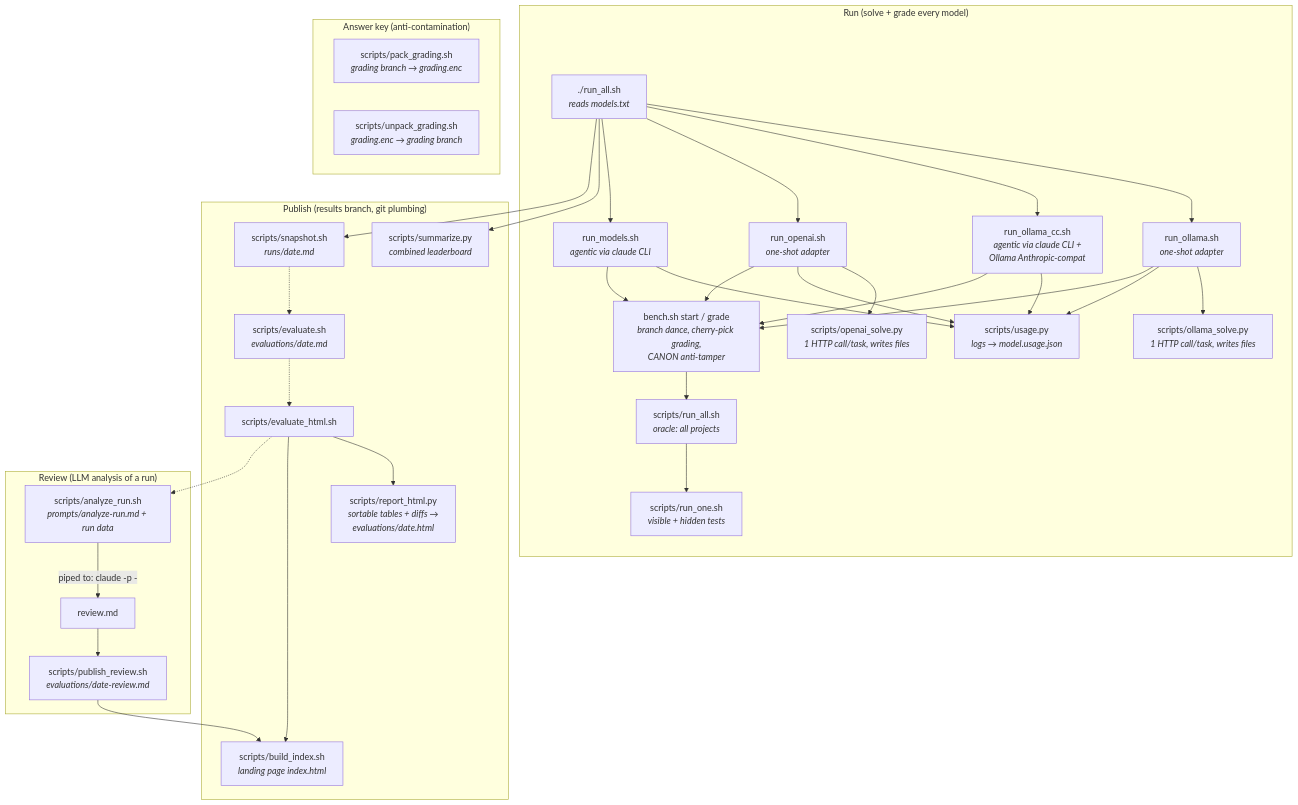
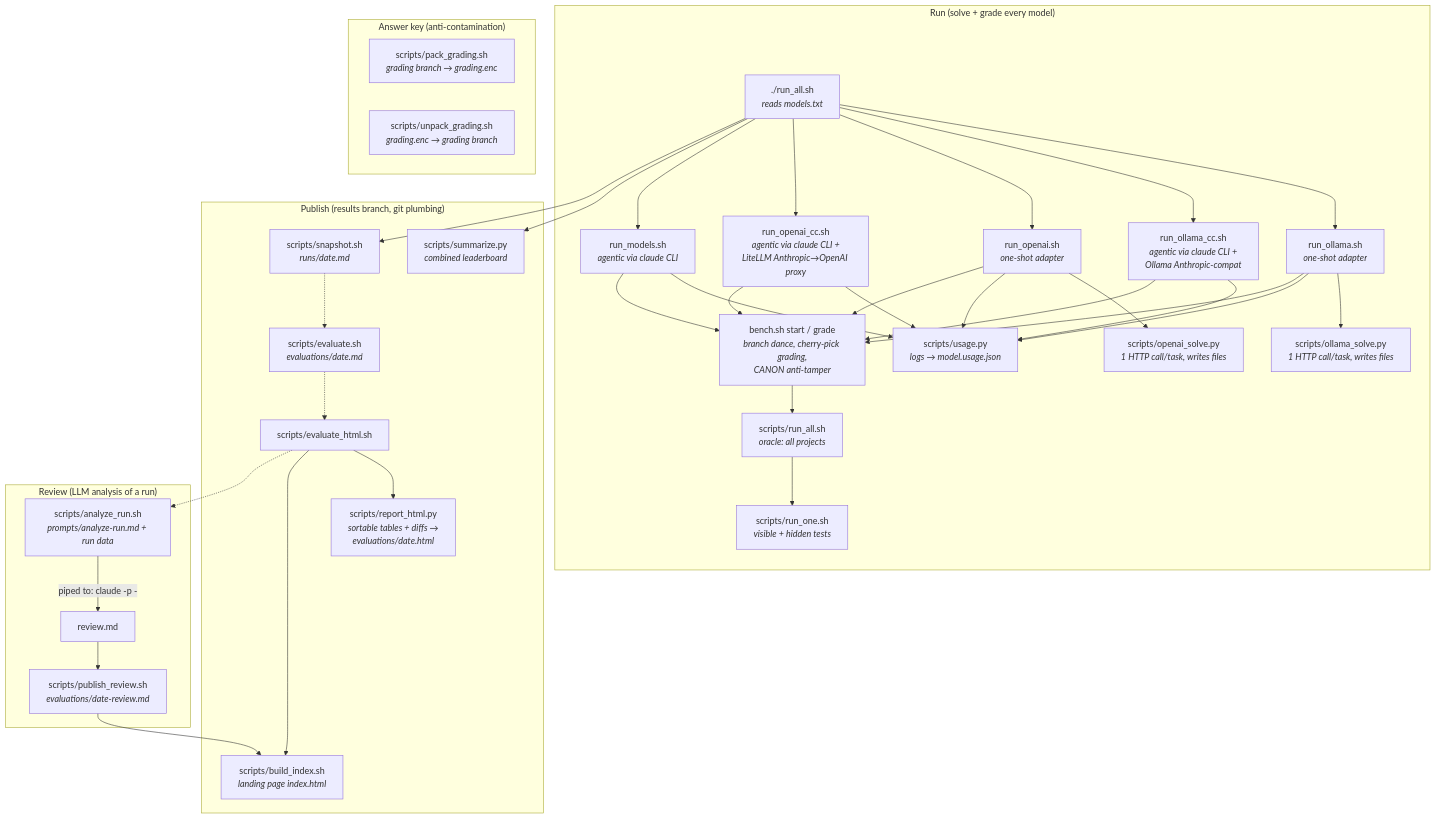
One commit to epatel/model-benchmark changed the diagram in README.md. Above: the diagram before and after it, drawn with Mermaid. The commit also changed other lines of this file and 3 other files, not shown here.

First line of the commit message:
add openai-cc runner: agentic OpenAI via claude CLI + LiteLLM bridge

````diff
--- a/README.md
+++ b/README.md
@@ -84,41 +85,42 @@
 ```mermaid
 flowchart TD
     subgraph RUN["Run (solve + grade every model)"]
         runall["./run_all.sh<br/><i>reads models.txt</i>"]
         runall --> ollama["run_ollama.sh<br/><i>one-shot adapter</i>"]
         runall --> occ["run_ollama_cc.sh<br/><i>agentic via claude CLI +<br/>Ollama Anthropic-compat</i>"]
         runall --> openai["run_openai.sh<br/><i>one-shot adapter</i>"]
+        runall --> oaicc["run_openai_cc.sh<br/><i>agentic via claude CLI +<br/>LiteLLM Anthropic→OpenAI proxy</i>"]
         runall --> claude["run_models.sh<br/><i>agentic via claude CLI</i>"]
         ollama --> solve["scripts/ollama_solve.py<br/><i>1 HTTP call/task, writes files</i>"]
         openai --> osolve["scripts/openai_solve.py<br/><i>1 HTTP call/task, writes files</i>"]
-        ollama & occ & openai & claude --> usage["scripts/usage.py<br/><i>logs → model.usage.json</i>"]
-        ollama & occ & openai & claude --> bench["bench.sh start / grade<br/><i>branch dance, cherry-pick grading,<br/>CANON anti-tamper</i>"]
+        ollama & occ & openai & oaicc & claude --> usage["scripts/usage.py<br/><i>logs → model.usage.json</i>"]
+        ollama & occ & openai & oaicc & claude --> bench["bench.sh start / grade<br/><i>branch dance, cherry-pick grading,<br/>CANON anti-tamper</i>"]
         bench --> tests["scripts/run_all.sh<br/><i>oracle: all projects</i>"]
         tests --> one["scripts/run_one.sh<br/><i>visible + hidden tests</i>"]
     end
 
     subgraph PUB["Publish (results branch, git plumbing)"]
         runall --> summarize["scripts/summarize.py<br/><i>combined leaderboard</i>"]
         runall --> snapshot["scripts/snapshot.sh<br/><i>runs/date.md</i>"]
         evaluate["scripts/evaluate.sh<br/><i>evaluations/date.md</i>"]
         ehtml["scripts/evaluate_html.sh"] --> rhtml["scripts/report_html.py<br/><i>sortable tables + diffs →<br/>evaluations/date.html</i>"]
         index["scripts/build_index.sh<br/><i>landing page index.html</i>"]
         ehtml --> index
     end
 
     subgraph REVIEW["Review (LLM analysis of a run)"]
         analyze["scripts/analyze_run.sh<br/><i>prompts/analyze-run.md + run data</i>"]
         analyze -->|"piped to: claude -p -"| review["review.md"]
         review --> pubrev["scripts/publish_review.sh<br/><i>evaluations/date-review.md</i>"]
         pubrev --> index
     end
 
     subgraph KEY["Answer key (anti-contamination)"]
         pack["scripts/pack_grading.sh<br/><i>grading branch → grading.enc</i>"]
         unpack["scripts/unpack_grading.sh<br/><i>grading.enc → grading branch</i>"]
     end
 
     snapshot -.-> evaluate
     evaluate -.-> ehtml
     ehtml -.-> analyze
 ```
````
